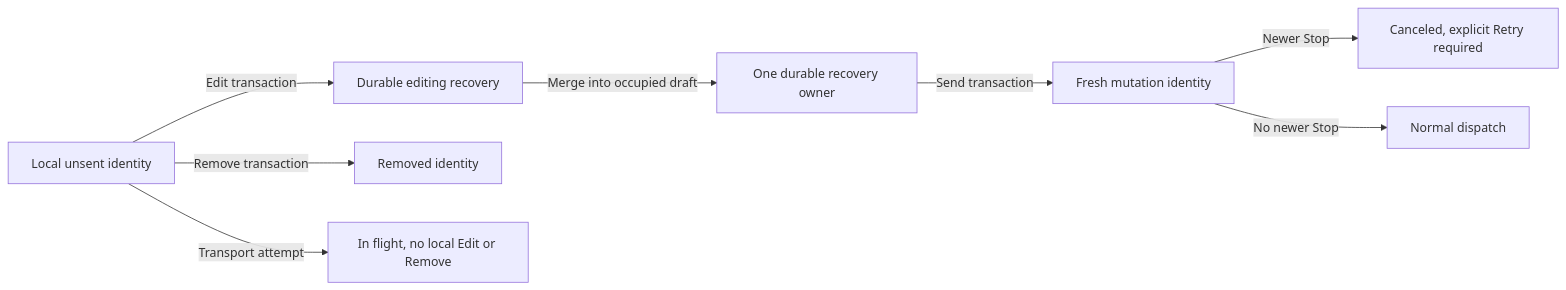
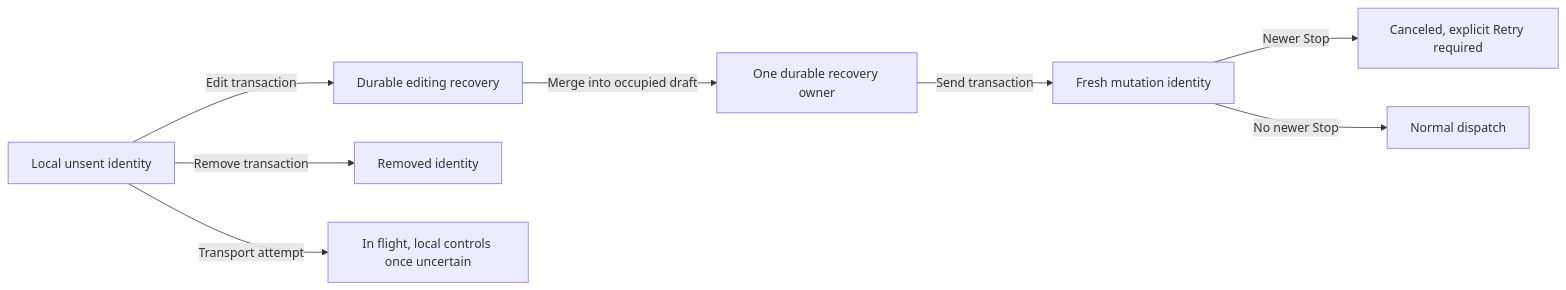
The first of 3 diagrams in docs/product/message-recovery.md (prime-radiant-inc/evener), drawn with Mermaid before and after one commit. The commit also changed other lines of this file and 15 other files, not shown here.

````diff
--- a/docs/product/message-recovery.md
+++ b/docs/product/message-recovery.md
@@ -21,10 +30,10 @@
 ```mermaid
 flowchart LR
   Local[Local unsent identity] -->|Edit transaction| Recovery[Durable editing recovery]
   Local -->|Remove transaction| Removed[Removed identity]
-  Local -->|Transport attempt| Flight[In flight, no local Edit or Remove]
+  Local -->|Transport attempt| Flight[In flight, local controls once uncertain]
   Recovery -->|Merge into occupied draft| Owner[One durable recovery owner]
   Owner -->|Send transaction| Fresh[Fresh mutation identity]
   Fresh -->|Newer Stop| Held[Canceled, explicit Retry required]
   Fresh -->|No newer Stop| Dispatch[Normal dispatch]
 ```
````
